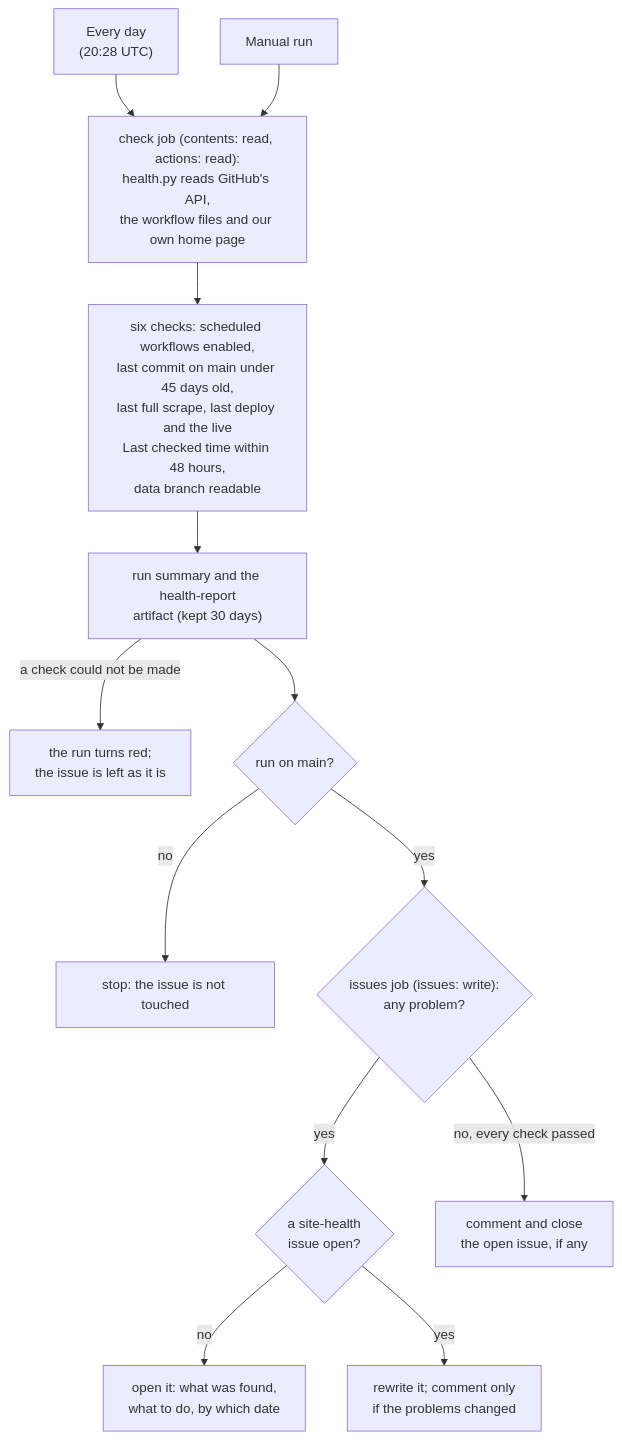
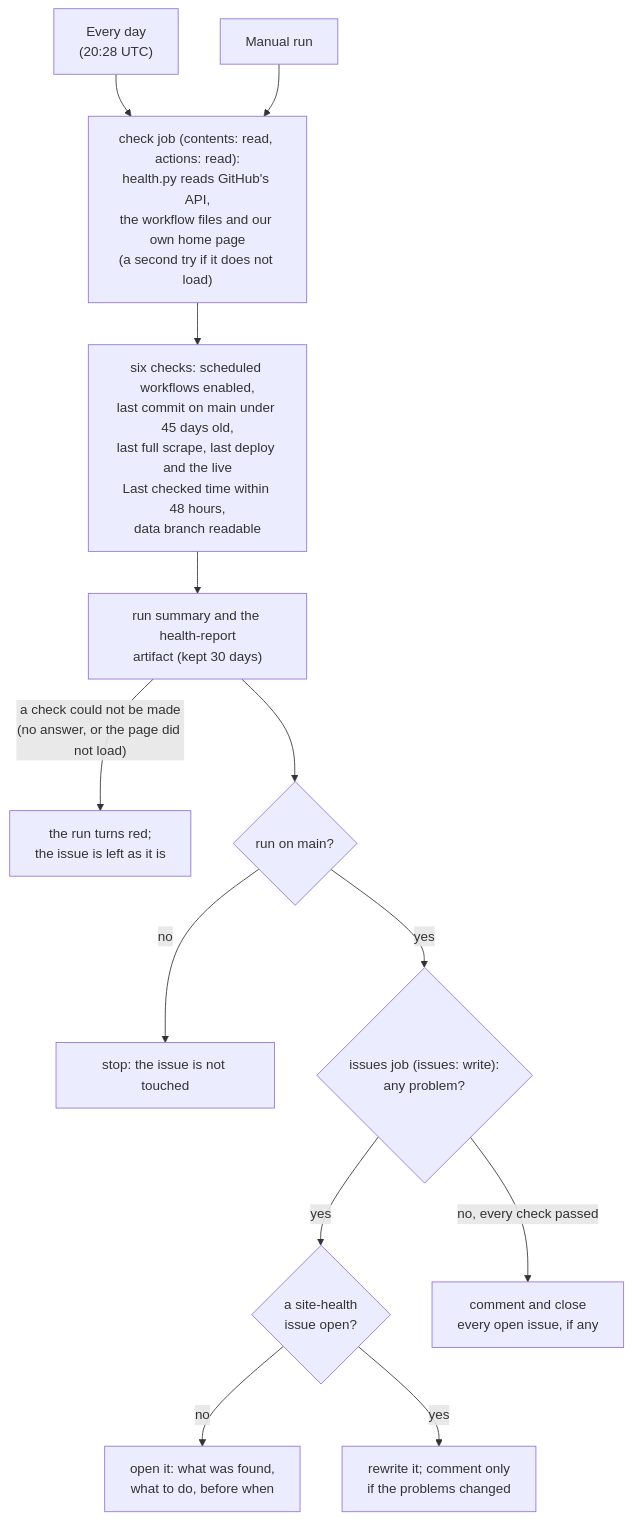
The sixth of 6 diagrams in README.md (jacksonmote/DePauw-vs-Wabash-web), drawn with Mermaid before and after one commit. The commit also changed other lines of this file and 4 other files, not shown here.

First line of the commit message:
Health check: review fixes (site down is "could not check", no redirects with the token)

````diff
--- a/README.md
+++ b/README.md
@@ -547,15 +548,15 @@
 ```mermaid
 flowchart TD
   T1["Every day<br/>(20:28 UTC)"] --> C
   T2["Manual run"] --> C
-  C["check job (contents: read, actions: read):<br/>health.py reads GitHub's API,<br/>the workflow files and our own home page"] --> K["six checks: scheduled workflows enabled,<br/>last commit on main under 45 days old,<br/>last full scrape, last deploy and the live<br/>Last checked time within 48 hours,<br/>data branch readable"]
+  C["check job (contents: read, actions: read):<br/>health.py reads GitHub's API,<br/>the workflow files and our own home page<br/>(a second try if it does not load)"] --> K["six checks: scheduled workflows enabled,<br/>last commit on main under 45 days old,<br/>last full scrape, last deploy and the live<br/>Last checked time within 48 hours,<br/>data branch readable"]
   K --> R["run summary and the health-report<br/>artifact (kept 30 days)"]
-  R -- "a check could not be made" --> RED["the run turns red;<br/>the issue is left as it is"]
+  R -- "a check could not be made<br/>(no answer, or the page did not load)" --> RED["the run turns red;<br/>the issue is left as it is"]
   R --> M{"run on main?"}
   M -- "no" --> X["stop: the issue is not touched"]
   M -- "yes" --> Q{"issues job (issues: write):<br/>any problem?"}
   Q -- "yes" --> O{"a site-health<br/>issue open?"}
-  O -- "no" --> NEW["open it: what was found,<br/>what to do, by which date"]
+  O -- "no" --> NEW["open it: what was found,<br/>what to do, before when"]
   O -- "yes" --> UPD["rewrite it; comment only<br/>if the problems changed"]
-  Q -- "no, every check passed" --> CL["comment and close<br/>the open issue, if any"]
+  Q -- "no, every check passed" --> CL["comment and close<br/>every open issue, if any"]
 ```
````
